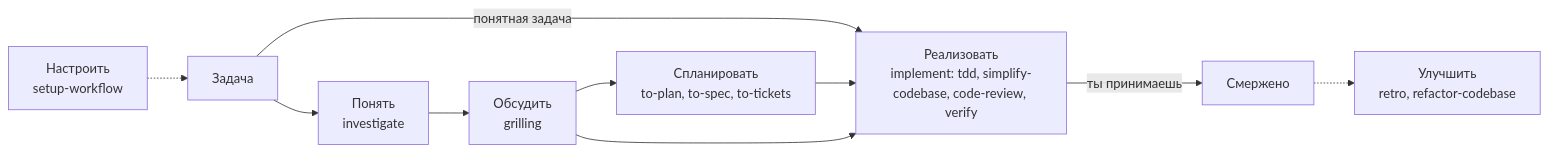
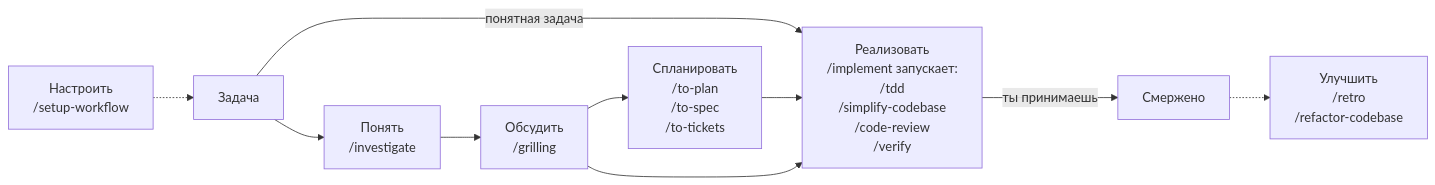
The diagram in docs/README.ru.md (FOZERY/agent-workflow), drawn with Mermaid before and after one commit. The commit also changed other lines of this file and 2 other files, not shown here.

````diff
--- a/docs/README.ru.md
+++ b/docs/README.ru.md
@@ -11,12 +11,12 @@
 ```mermaid
 flowchart LR
-    Setup["Настроить<br/>setup-workflow"] -.-> Task[Задача]
-    Task --> Understand["Понять<br/>investigate"]
-    Understand --> Discuss["Обсудить<br/>grilling"]
+    Setup["Настроить<br/>/setup-workflow"] -.-> Task[Задача]
+    Task --> Understand["Понять<br/>/investigate"]
+    Understand --> Discuss["Обсудить<br/>/grilling"]
     Task -->|понятная задача| Build
-    Discuss --> Plan["Спланировать<br/>to-plan, to-spec, to-tickets"]
-    Plan --> Build["Реализовать<br/>implement: tdd, simplify-codebase, code-review, verify"]
+    Discuss --> Plan["Спланировать<br/>/to-plan<br/>/to-spec<br/>/to-tickets"]
+    Plan --> Build["Реализовать<br/>/implement запускает:<br/>/tdd<br/>/simplify-codebase<br/>/code-review<br/>/verify"]
     Discuss --> Build
     Build -->|ты принимаешь| Done[Смержено]
-    Done -.-> Improve["Улучшить<br/>retro, refactor-codebase"]
+    Done -.-> Improve["Улучшить<br/>/retro<br/>/refactor-codebase"]
 ```
````
